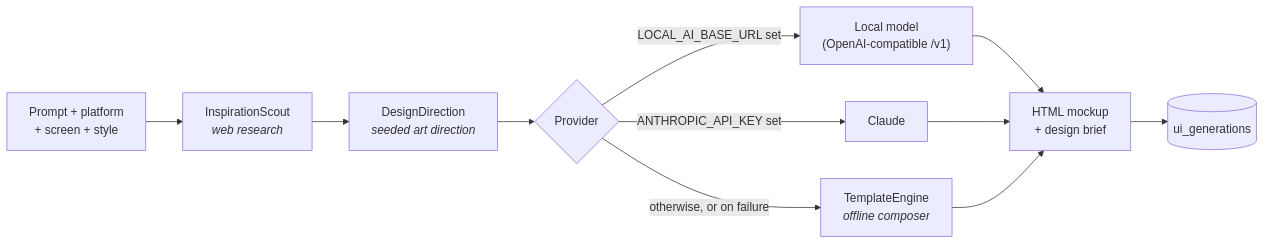
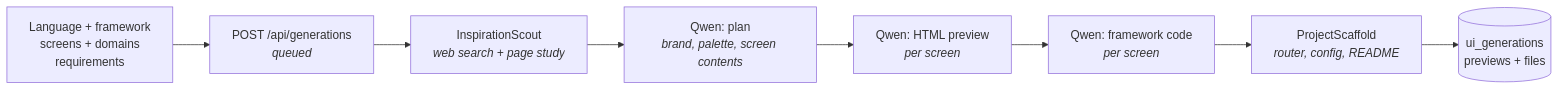
One commit to BzSiam25/UI-Suggester changed the diagram in README.md. Above: the diagram before and after it, drawn with Mermaid. The commit also changed other lines of this file and 56 other files, not shown here.

Commit message:
feat: upgrade UISpark to project generator with profiles and Qwen worker

````diff
--- a/README.md
+++ b/README.md
@@ -59,13 +59,10 @@
 ```mermaid
 flowchart LR
-    A["Prompt + platform<br/>+ screen + style"] --> B["InspirationScout<br/><em>web research</em>"]
-    B --> C["DesignDirection<br/><em>seeded art direction</em>"]
-    C --> D{Provider}
-    D -->|"LOCAL_AI_BASE_URL set"| E["Local model<br/>(OpenAI-compatible /v1)"]
-    D -->|"ANTHROPIC_API_KEY set"| F["Claude"]
-    D -->|"otherwise, or on failure"| G["TemplateEngine<br/><em>offline composer</em>"]
-    E --> H["HTML mockup<br/>+ design brief"]
-    F --> H
-    G --> H
-    H --> I[("ui_generations")]
+    A["Language + framework<br/>screens + domains<br/>requirements"] --> B["POST /api/generations<br/><em>queued</em>"]
+    B --> C["InspirationScout<br/><em>web search + page study</em>"]
+    C --> D["Qwen: plan<br/><em>brand, palette, screen contents</em>"]
+    D --> E["Qwen: HTML preview<br/><em>per screen</em>"]
+    E --> F["Qwen: framework code<br/><em>per screen</em>"]
+    F --> G["ProjectScaffold<br/><em>router, config, README</em>"]
+    G --> H[("ui_generations<br/>previews + files")]
 ```
````
